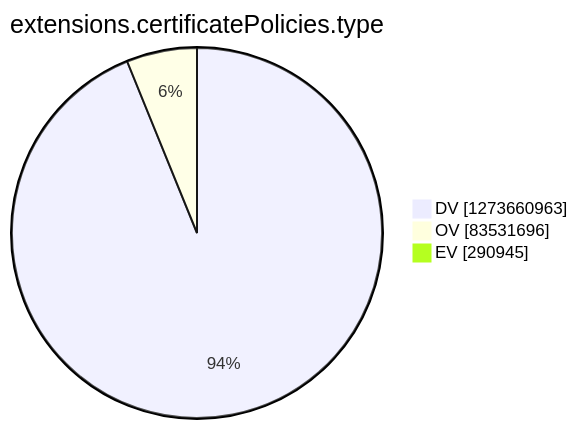
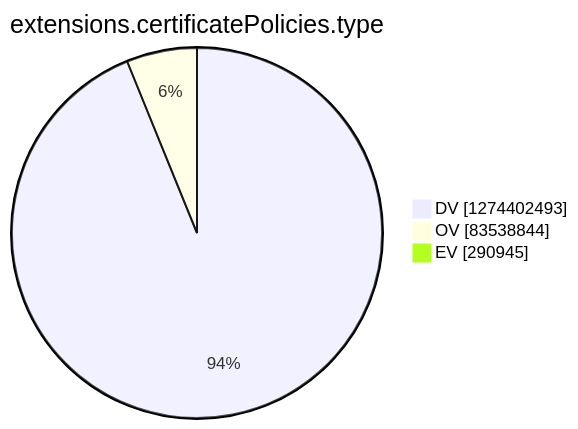
The tenth of 15 diagrams in argon2022/README.md (christiankrug/ctmonitor_visualization), drawn with Mermaid before and after one commit. The commit also changed other lines of this file, not shown here.

````diff
--- a/argon2022/README.md
+++ b/argon2022/README.md
@@ -2771,7 +2771,7 @@
 ```mermaid
 pie showData
 title extensions.certificatePolicies.type
-"DV" :1273660963
-"OV" :83531696
+"DV" :1274402493
+"OV" :83538844
 "EV" :290945
 ```
````
